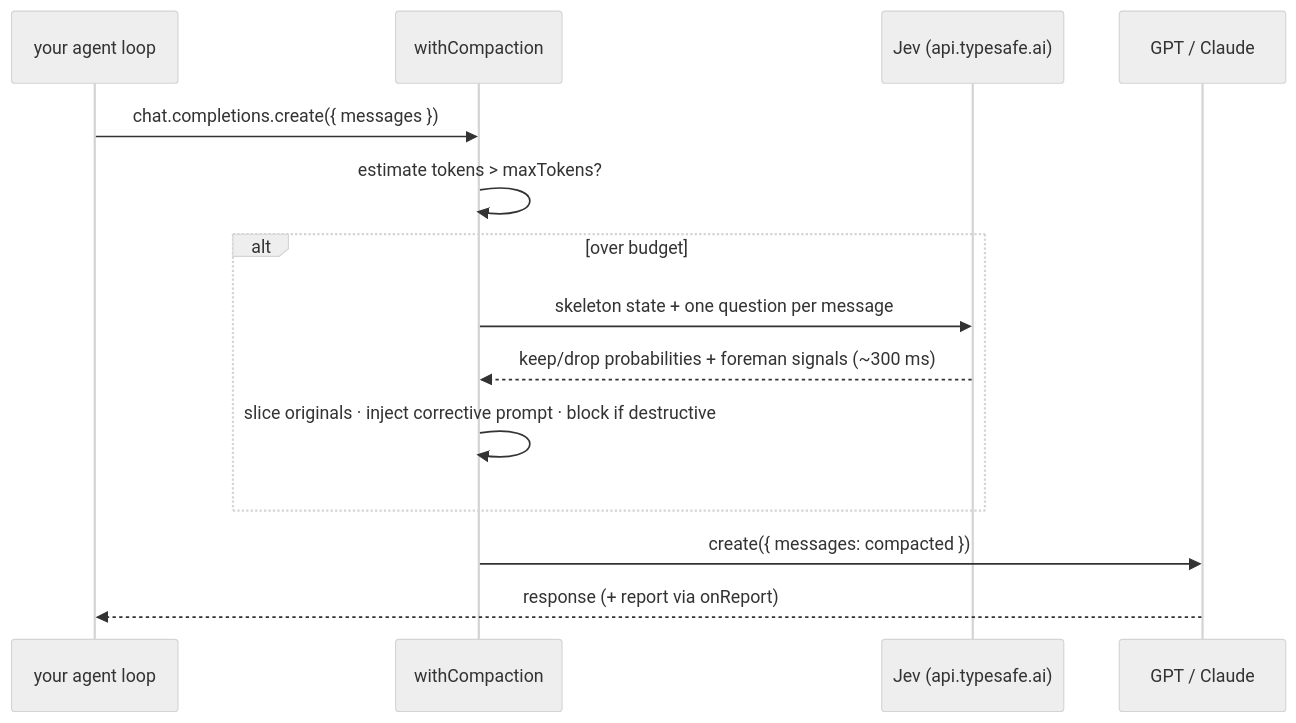
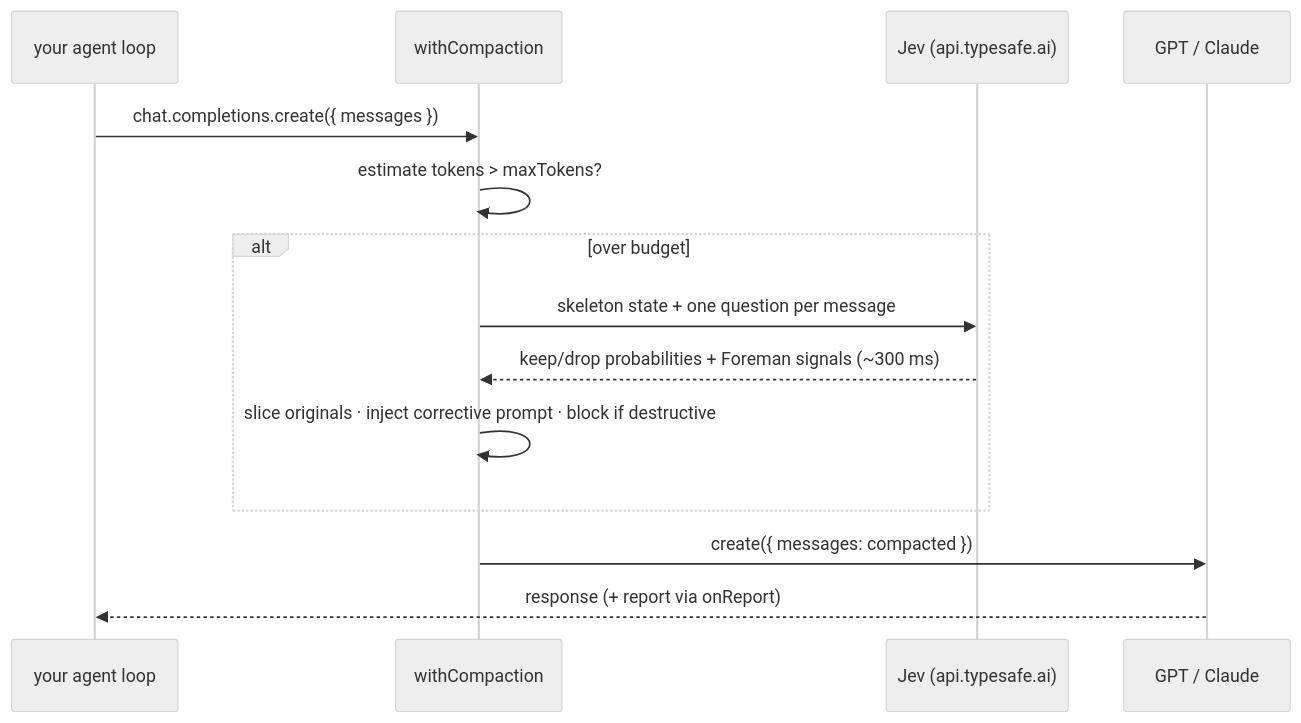
One commit to edwardyen724-g/jev-compactor changed the second of 2 diagrams in README.md. Above: the diagram before and after it, drawn with Mermaid (neutral theme). The commit also changed other lines of this file and 14 other files, not shown here.

````diff
--- a/README.md
+++ b/README.md
@@ -85,16 +156,16 @@
 ```mermaid
 sequenceDiagram
     participant App as your agent loop
     participant W as withCompaction
     participant J as Jev (api.typesafe.ai)
     participant M as GPT / Claude
     App->>W: chat.completions.create({ messages })
     W->>W: estimate tokens > maxTokens?
     alt over budget
         W->>J: skeleton state + one question per message
-        J-->>W: keep/drop probabilities + foreman signals (~300 ms)
+        J-->>W: keep/drop probabilities + Foreman signals (~300 ms)
         W->>W: slice originals · inject corrective prompt · block if destructive
     end
     W->>M: create({ messages: compacted })
     M-->>App: response (+ report via onReport)
 ```
````
